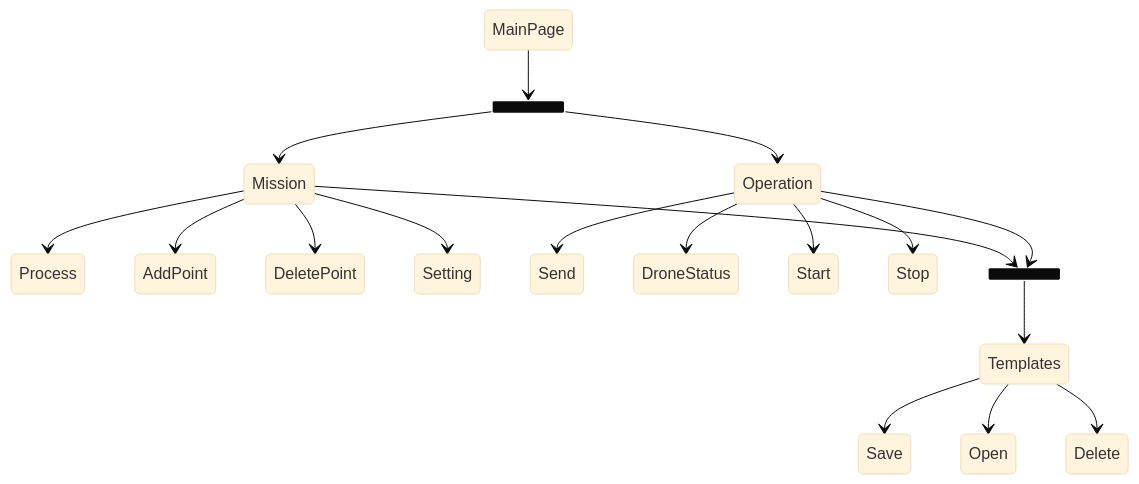
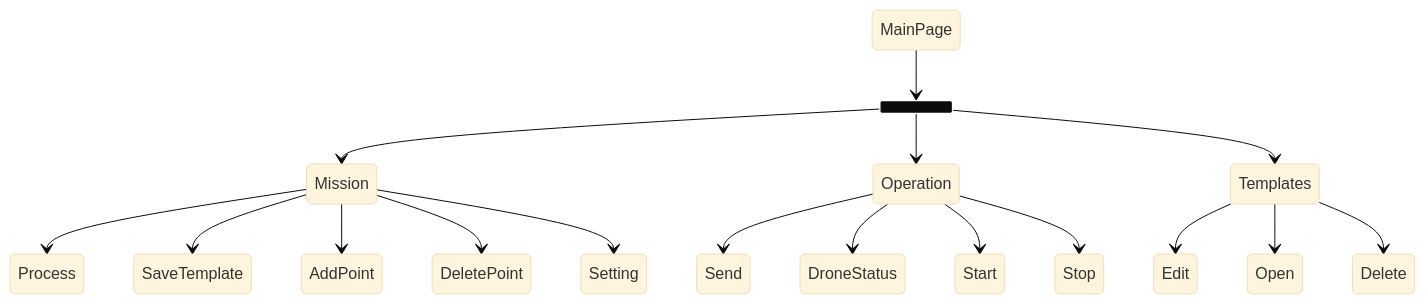
One commit to spaceomid/Documentation changed the second of 2 diagrams in docs/Drone/Description.md. Above: the diagram before and after it, drawn with Mermaid (base theme).

Commit message:
update diagram

````diff
--- a/docs/Drone/Description.md
+++ b/docs/Drone/Description.md
@@ -83,24 +83,21 @@
 ``` mermaid
 stateDiagram-v2
   state fork_state <<fork>>
   MainPage --> fork_state
   fork_state --> Mission
   fork_state --> Operation
+  fork_state --> Templates
 
   Mission --> Process
+  Mission --> SaveTemplate
   Mission --> AddPoint
   Mission --> DeletePoint
   Mission --> Setting
   Operation --> Send
   Operation --> DroneStatus
   Operation --> Start
   Operation --> Stop
-
-  state join_state <<join>>
-  Mission --> join_state
-  Operation --> join_state
-  join_state --> Templates
-  Templates --> Save
+  Templates --> Edit
   Templates --> Open
   Templates --> Delete
 ```
````
